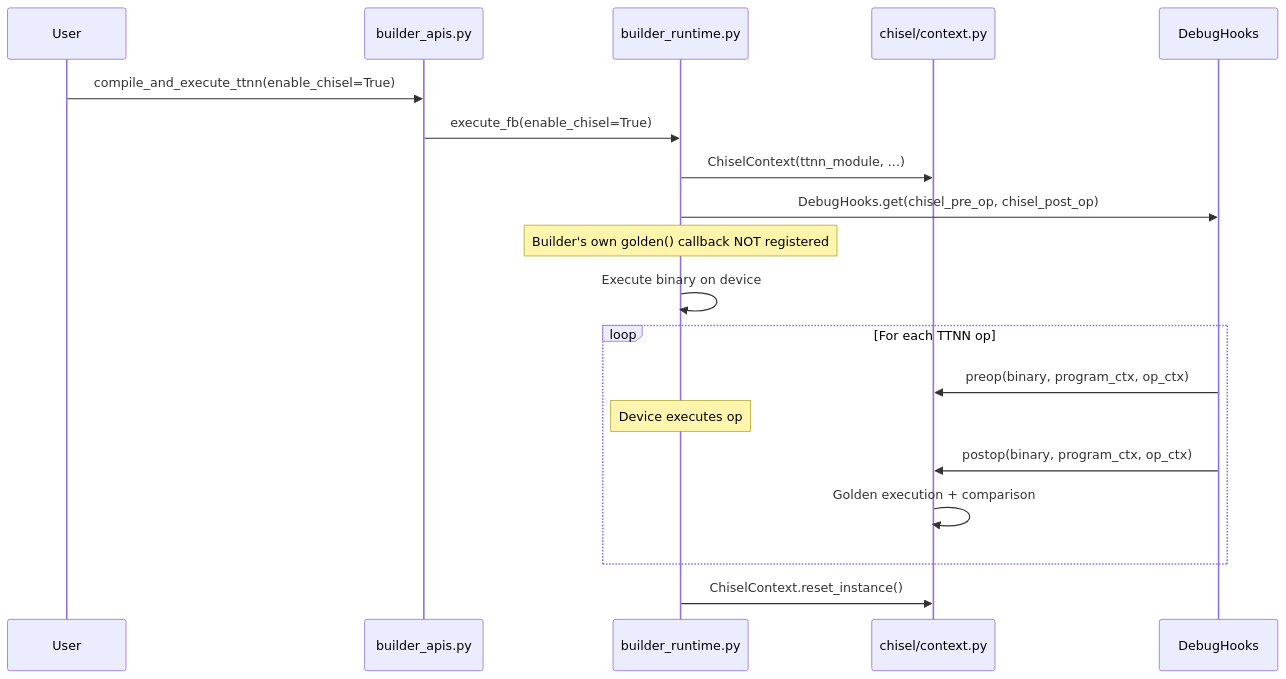
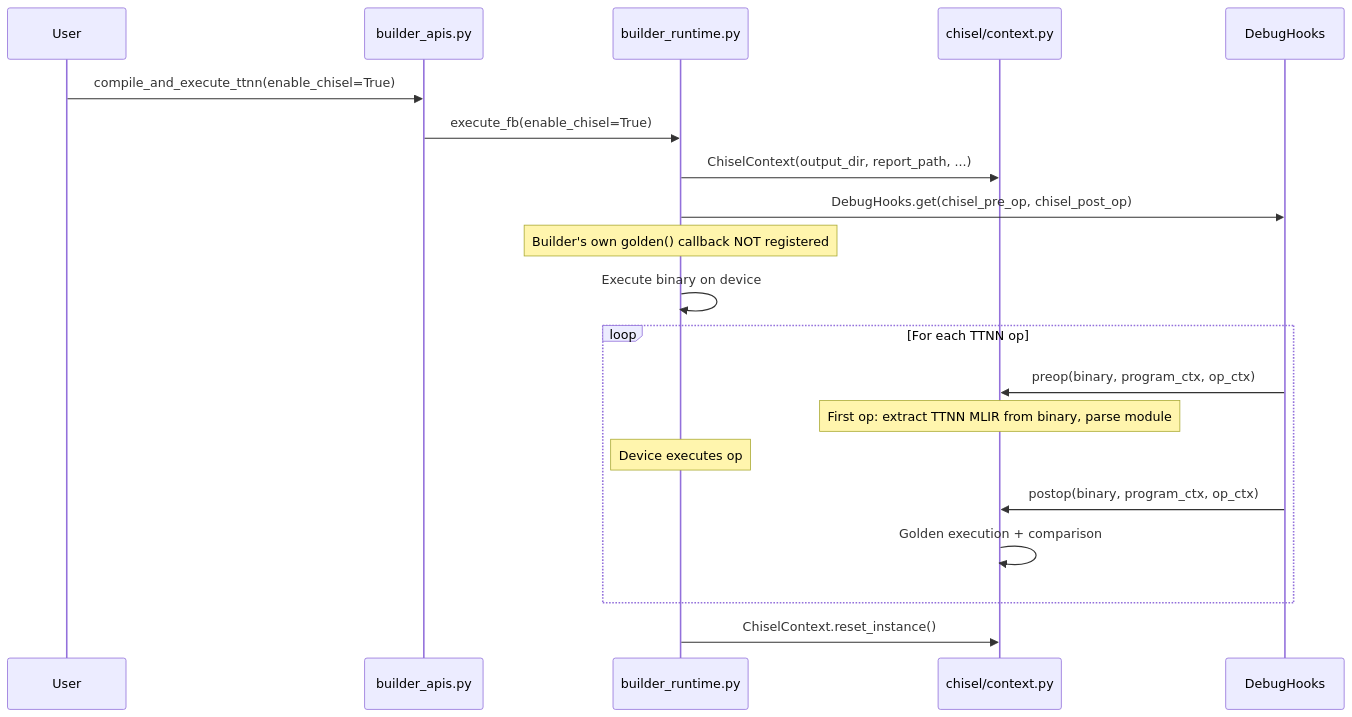
One commit to tenstorrent/tt-mlir changed the fourth of 4 diagrams in tools/chisel/docs/architecture.md. Above: the diagram before and after it, drawn with Mermaid. The commit also changed other lines of this file and 7 other files, not shown here.

````diff
--- a/tools/chisel/docs/architecture.md
+++ b/tools/chisel/docs/architecture.md
@@ -213,22 +217,23 @@
 ```mermaid
 sequenceDiagram;
     participant User
     participant Builder as builder_apis.py
     participant Runtime as builder_runtime.py
     participant Chisel as chisel/context.py
     participant Hooks as DebugHooks
 
     User->>Builder: compile_and_execute_ttnn(enable_chisel=True)
     Builder->>Runtime: execute_fb(enable_chisel=True)
-    Runtime->>Chisel: ChiselContext(ttnn_module, ...)
+    Runtime->>Chisel: ChiselContext(output_dir, report_path, ...)
     Runtime->>Hooks: DebugHooks.get(chisel_pre_op, chisel_post_op)
     Note over Runtime: Builder's own golden() callback NOT registered
     Runtime->>Runtime: Execute binary on device
     loop For each TTNN op
         Hooks->>Chisel: preop(binary, program_ctx, op_ctx)
+        Note over Chisel: First op: extract TTNN MLIR from binary, parse module
         Note over Runtime: Device executes op
         Hooks->>Chisel: postop(binary, program_ctx, op_ctx)
         Chisel->>Chisel: Golden execution + comparison
     end
     Runtime->>Chisel: ChiselContext.reset_instance()
 ```
````
